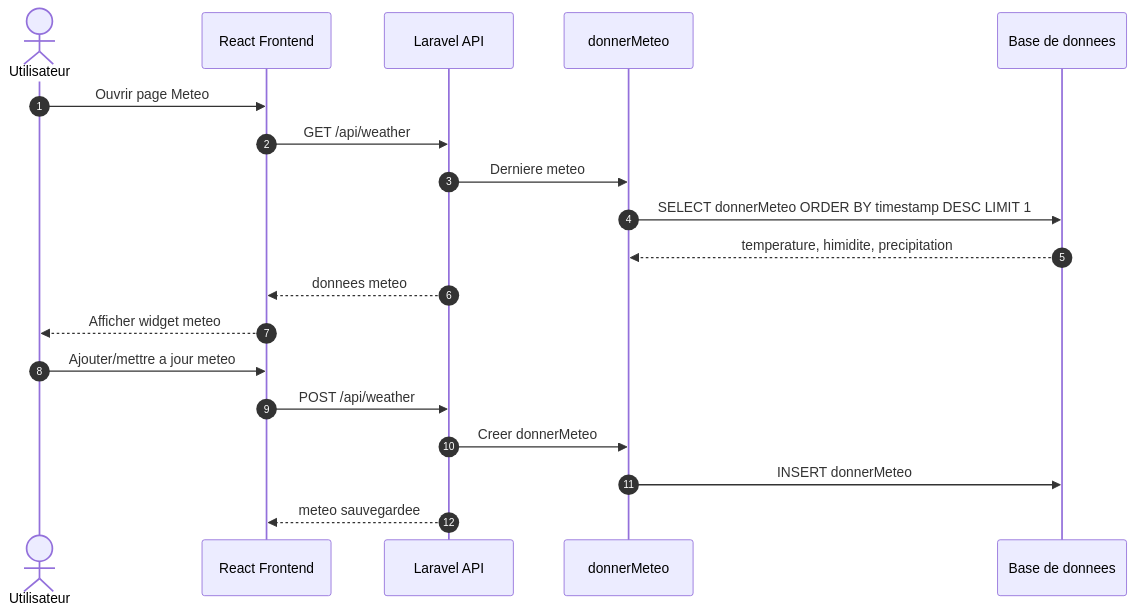
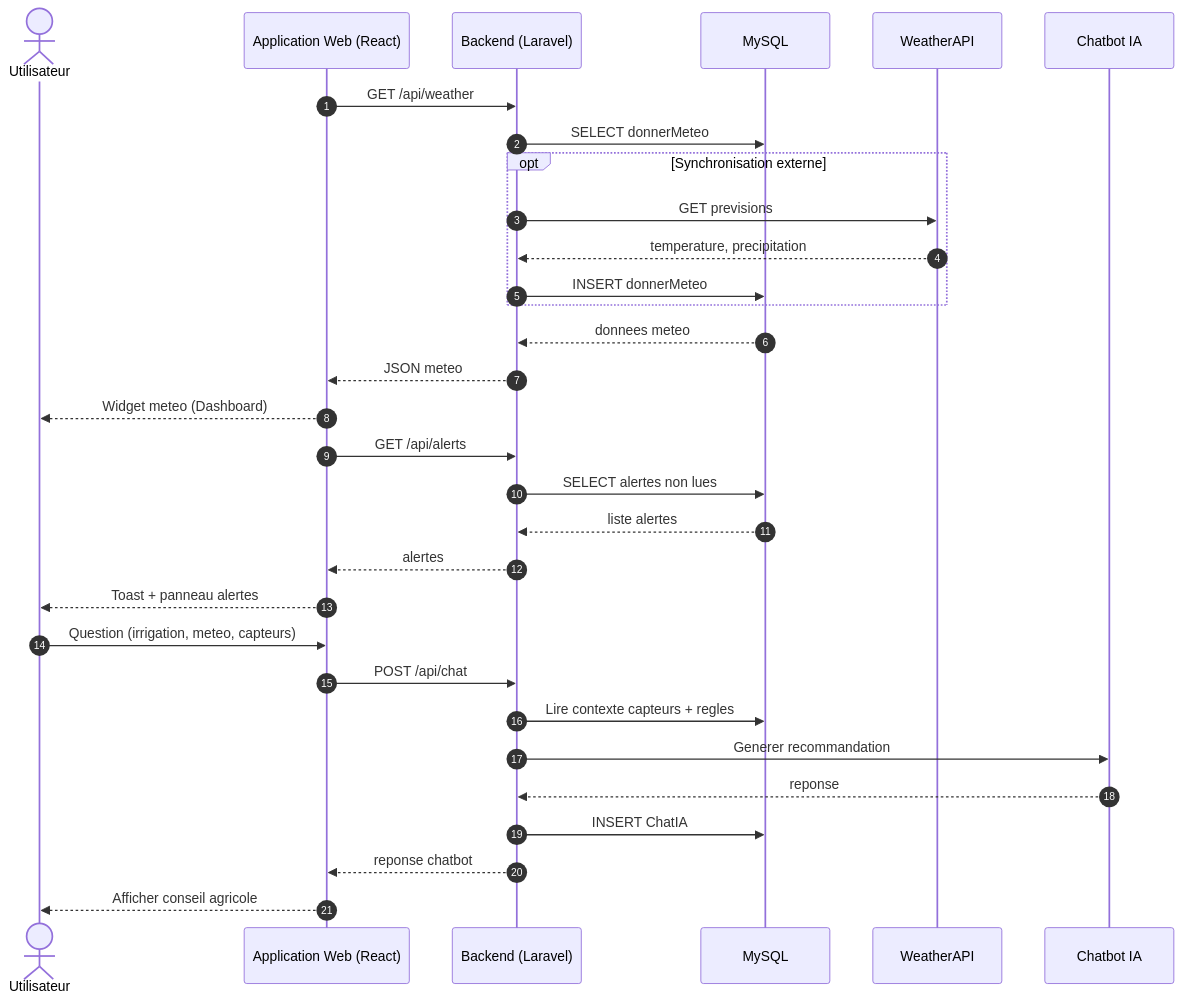
The fourth of 4 diagrams in diagrame_seqence .md (MEDamine2005/pfe_SmartFarm), drawn with Mermaid before and after one commit. The commit also changed other lines of this file and 22 other files, not shown here.

````diff
--- a/diagrame_seqence .md
+++ b/diagrame_seqence .md
@@ -388,23 +123,38 @@
 ```mermaid
 sequenceDiagram
     autonumber
-    actor Utilisateur
-    participant Frontend as React Frontend
-    participant API as Laravel API
-    participant Meteo as donnerMeteo
-    participant DB as Base de donnees
+    actor U as Utilisateur
+    participant Web as Application Web (React)
+    participant API as Backend (Laravel)
+    participant DB as MySQL
+    participant Meteo as WeatherAPI
+    participant Bot as Chatbot IA
 
-    Utilisateur->>Frontend: Ouvrir page Meteo
-    Frontend->>API: GET /api/weather
-    API->>Meteo: Derniere meteo
-    Meteo->>DB: SELECT donnerMeteo ORDER BY timestamp DESC LIMIT 1
-    DB-->>Meteo: temperature, himidite, precipitation
-    API-->>Frontend: donnees meteo
-    Frontend-->>Utilisateur: Afficher widget meteo
+    Web->>API: GET /api/weather
+    API->>DB: SELECT donnerMeteo
 
-    Utilisateur->>Frontend: Ajouter/mettre a jour meteo
-    Frontend->>API: POST /api/weather
-    API->>Meteo: Creer donnerMeteo
-    Meteo->>DB: INSERT donnerMeteo
-    API-->>Frontend: meteo sauvegardee
+    opt Synchronisation externe
+        API->>Meteo: GET previsions
+        Meteo-->>API: temperature, precipitation
+        API->>DB: INSERT donnerMeteo
+    end
+
+    DB-->>API: donnees meteo
+    API-->>Web: JSON meteo
+    Web-->>U: Widget meteo (Dashboard)
+
+    Web->>API: GET /api/alerts
+    API->>DB: SELECT alertes non lues
+    DB-->>API: liste alertes
+    API-->>Web: alertes
+    Web-->>U: Toast + panneau alertes
+
+    U->>Web: Question (irrigation, meteo, capteurs)
+    Web->>API: POST /api/chat
+    API->>DB: Lire contexte capteurs + regles
+    API->>Bot: Generer recommandation
+    Bot-->>API: reponse
+    API->>DB: INSERT ChatIA
+    API-->>Web: reponse chatbot
+    Web-->>U: Afficher conseil agricole
 ```
````
